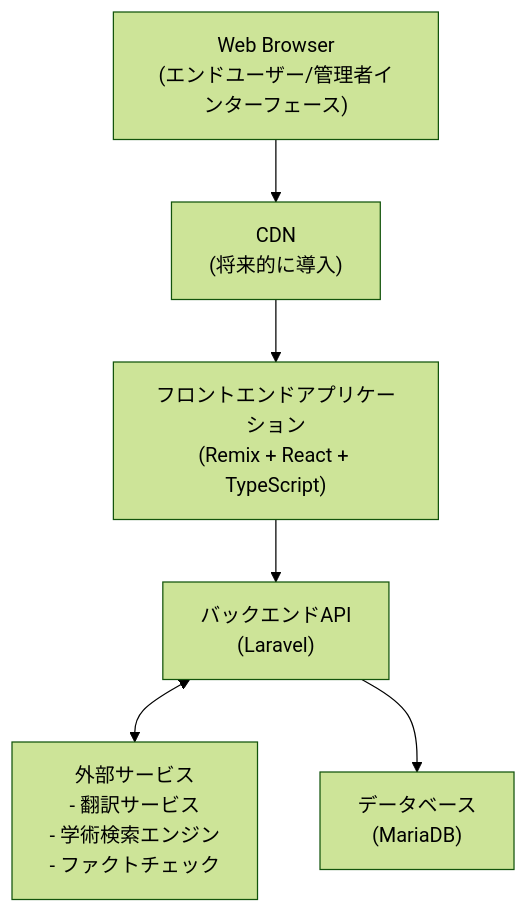
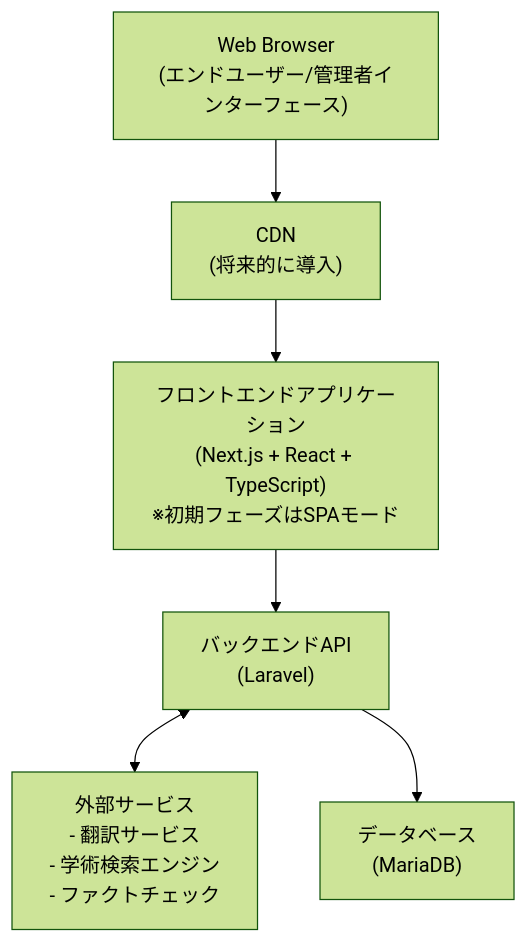
The first of 17 diagrams in specs/architecture.md (sika7/kagami), drawn with Mermaid (forest theme) before and after one commit. The commit also changed other lines of this file and 5 other files, not shown here.

````diff
--- a/specs/architecture.md
+++ b/specs/architecture.md
@@ -10,15 +10,15 @@
 ```mermaid
 flowchart TD
     Browser["Web Browser\n(エンドユーザー/管理者インターフェース)"]
     CDN["CDN\n(将来的に導入)"]
-    Frontend["フロントエンドアプリケーション\n(Remix + React + TypeScript)"]
+    Frontend["フロントエンドアプリケーション\n(Next.js + React + TypeScript)\n※初期フェーズはSPAモード"]
     Backend["バックエンドAPI\n(Laravel)"]
     DB["データベース\n(MariaDB)"]
     External["外部サービス\n- 翻訳サービス\n- 学術検索エンジン\n- ファクトチェック"]
 
     Browser --> CDN
     CDN --> Frontend
     Frontend --> Backend
     Backend <--> External
     Backend --> DB
 ```
````
